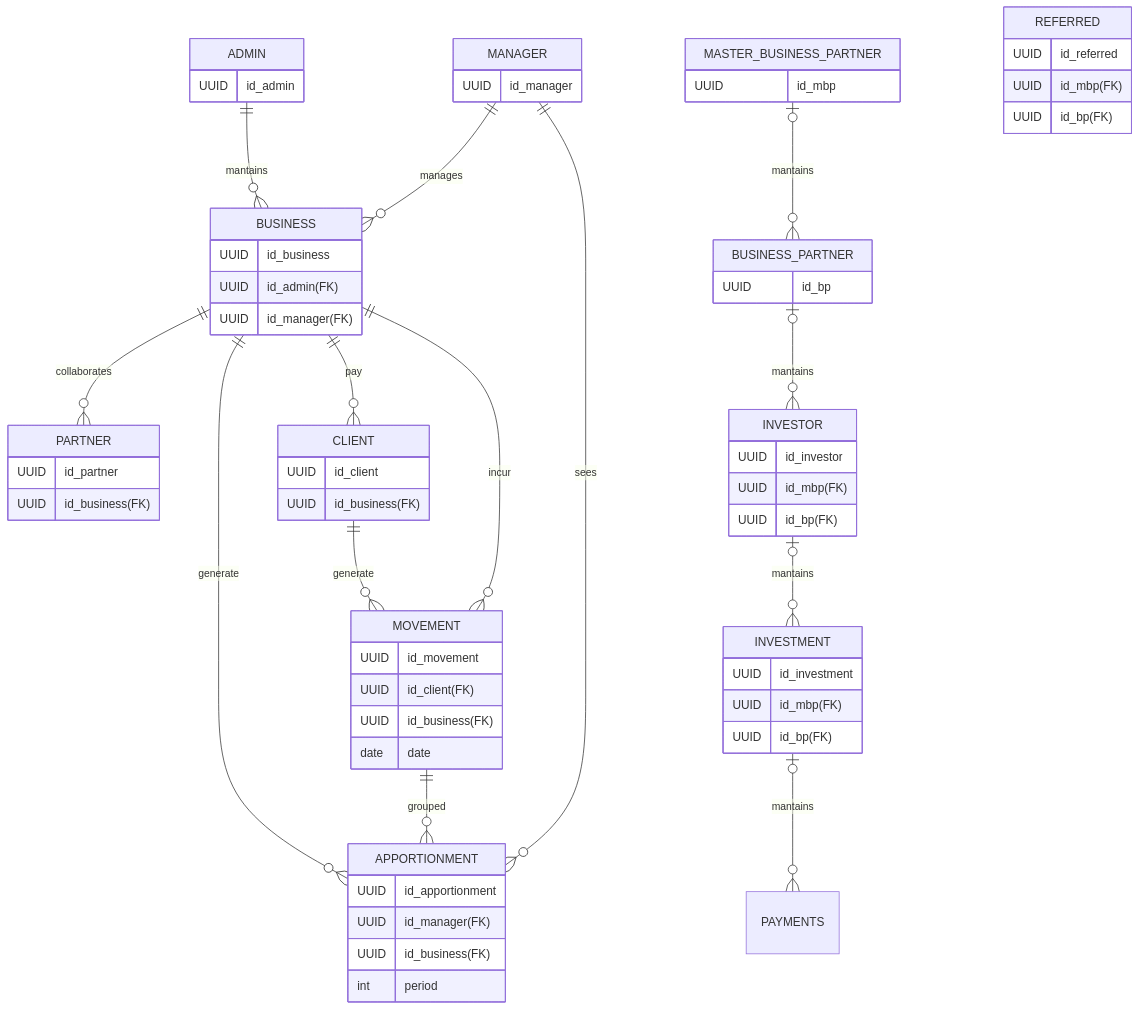
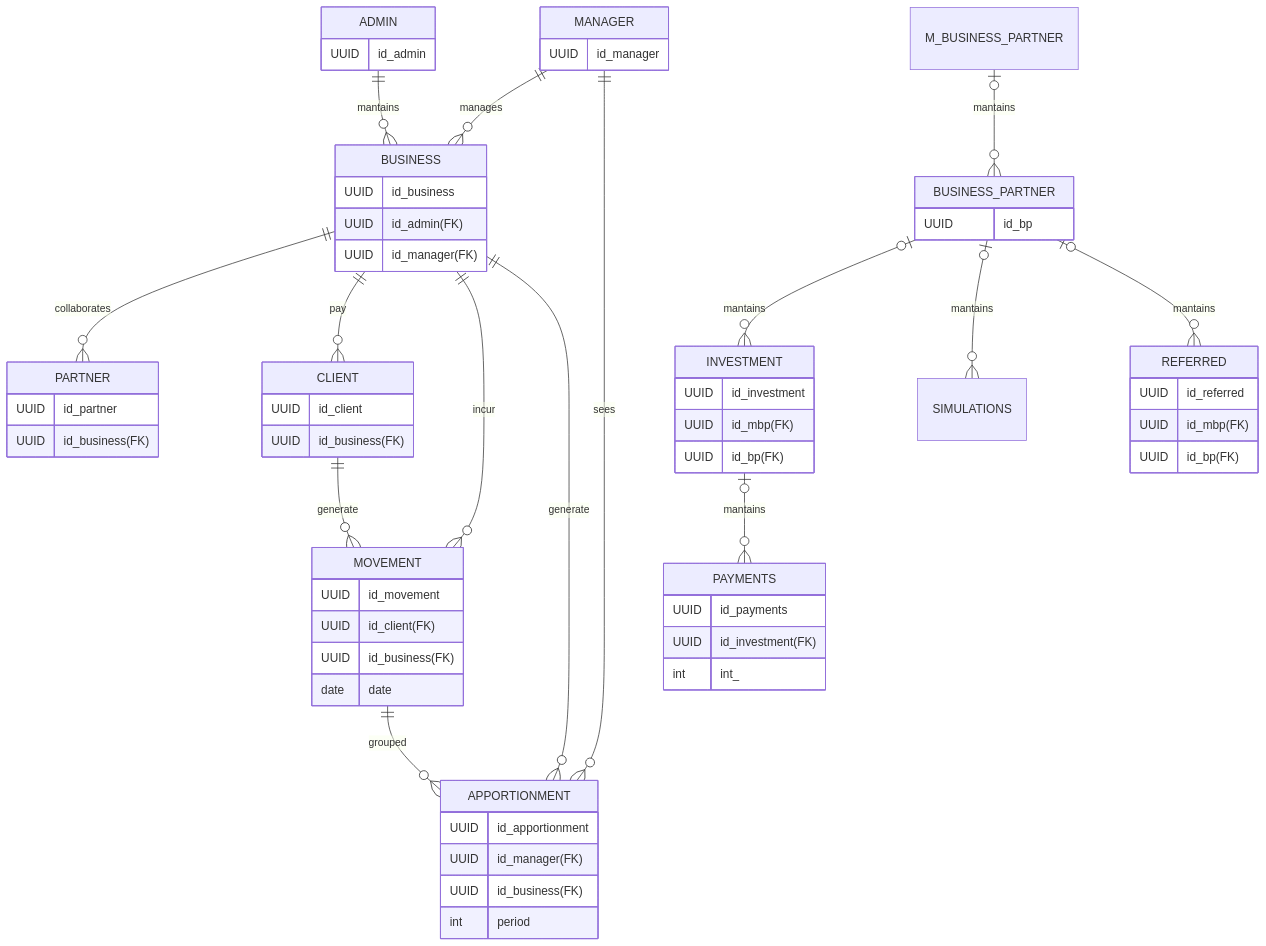
The first of 4 diagrams in ARCHITECTURE.md (git-jrm/management-system), drawn with Mermaid before and after one commit.

````diff
--- a/ARCHITECTURE.md
+++ b/ARCHITECTURE.md
@@ -5,75 +5,70 @@
 ```mermaid
 erDiagram
     ADMIN ||--o{ BUSINESS : mantains
     BUSINESS ||--o{ PARTNER : collaborates
     BUSINESS ||--o{ CLIENT : pay
     PARTNER
     MANAGER ||--o{ BUSINESS : manages
     CLIENT ||--o{ MOVEMENT : generate
     BUSINESS ||--o{ MOVEMENT : incur
     BUSINESS ||--o{ APPORTIONMENT : generate
     MOVEMENT ||--o{ APPORTIONMENT : grouped
     MANAGER ||--o{ APPORTIONMENT : sees
     ADMIN {
         UUID id_admin
     }
     MANAGER {
         UUID id_manager
     }
     BUSINESS {
         UUID id_business
         UUID id_admin(FK)
         UUID id_manager(FK)
     }
     PARTNER {
         UUID id_partner
         UUID id_business(FK)
     }
     APPORTIONMENT{ 
         UUID id_apportionment
         UUID id_manager(FK)
         UUID id_business(FK)
         int period
     }
     CLIENT {
         UUID id_client
         UUID id_business(FK)
     }
     MOVEMENT {
         UUID id_movement
         UUID id_client(FK)
         UUID id_business(FK)
         date date
     }
+    BUSINESS_PARTNER |o--o{ INVESTMENT : mantains
+    M_BUSINESS_PARTNER |o--o{ BUSINESS_PARTNER : mantains
 
-    INVESTOR |o--o{ INVESTMENT : mantains
-    BUSINESS_PARTNER |o--o{ INVESTOR : mantains
-    MASTER_BUSINESS_PARTNER |o--o{ BUSINESS_PARTNER : mantains
-    
-    MASTER_BUSINESS_PARTNER {
-        UUID id_mbp
-    }
     BUSINESS_PARTNER {
         UUID id_bp
-    }
-    INVESTOR {
-        UUID id_investor
-        UUID id_mbp(FK)
-        UUID id_bp(FK)
     }
     INVESTMENT {
         UUID id_investment
         UUID id_mbp(FK)
         UUID id_bp(FK)
     }
-
     REFERRED {
         UUID id_referred
         UUID id_mbp(FK)
         UUID id_bp(FK)
     }
-
     
+    BUSINESS_PARTNER |o--o{ SIMULATIONS : mantains
     INVESTMENT |o--o{ PAYMENTS : mantains
+    BUSINESS_PARTNER |o--o{ REFERRED : mantains
+    PAYMENTS {
+        UUID id_payments
+        UUID id_investment(FK)
+        int int_
+    }
 
 ```
````
